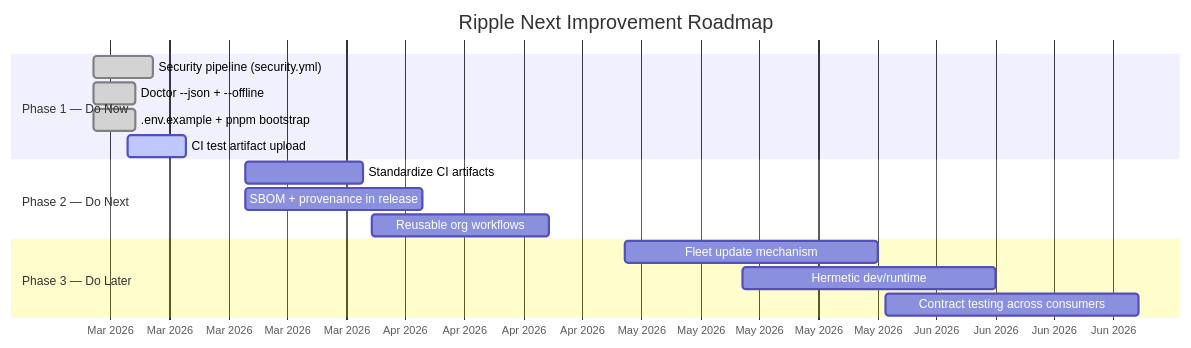
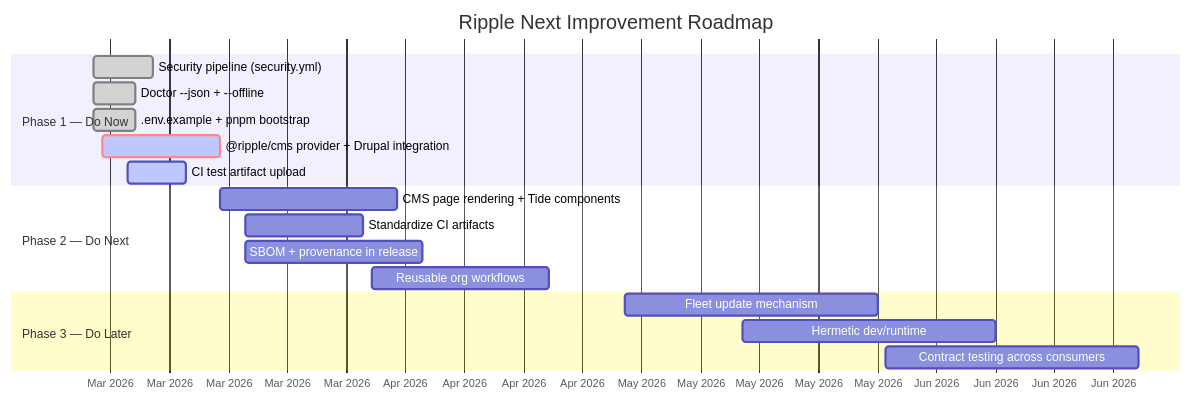
Before and after one commit to jbejenar/ripple-next: the eighth of 10 diagrams in docs/product-roadmap/README.md, drawn with Mermaid. The commit also changed other lines of this file and 2 other files, not shown here.

First line of the commit message:
fix: address PR review comments, add Drupal/Tide CMS integration to roadmap

````diff
--- a/docs/product-roadmap/README.md
+++ b/docs/product-roadmap/README.md
@@ -280,22 +359,24 @@
 ```mermaid
 gantt
     title Ripple Next Improvement Roadmap
     dateFormat YYYY-MM-DD
     axisFormat %b %Y
 
     section Phase 1 — Do Now
     Security pipeline (security.yml)           :done, sec, 2026-02-27, 7d
     Doctor --json + --offline                  :done, doc, 2026-02-27, 5d
     .env.example + pnpm bootstrap              :done, env, 2026-02-27, 5d
+    @ripple/cms provider + Drupal integration  :crit, active, cms, 2026-02-28, 14d
     CI test artifact upload                    :active, art, 2026-03-03, 7d
 
     section Phase 2 — Do Next
+    CMS page rendering + Tide components       :cms2, 2026-03-14, 21d
     Standardize CI artifacts                   :ci, 2026-03-17, 14d
     SBOM + provenance in release               :sbom, 2026-03-17, 21d
     Reusable org workflows                     :reuse, 2026-04-01, 21d
 
     section Phase 3 — Do Later
     Fleet update mechanism                     :fleet, 2026-05-01, 30d
     Hermetic dev/runtime                       :hermetic, 2026-05-15, 30d
     Contract testing across consumers          :contract, 2026-06-01, 30d
 ```
````
